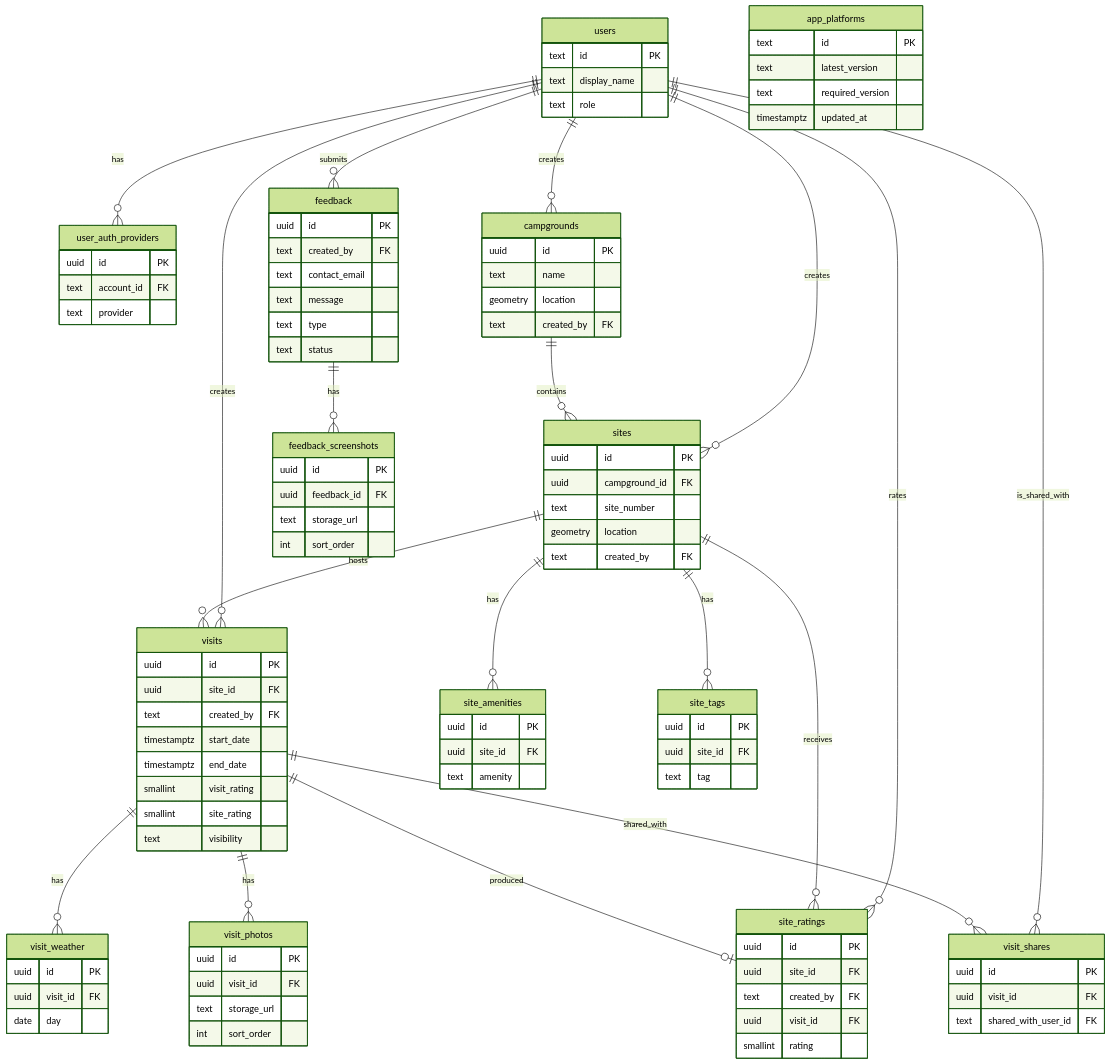
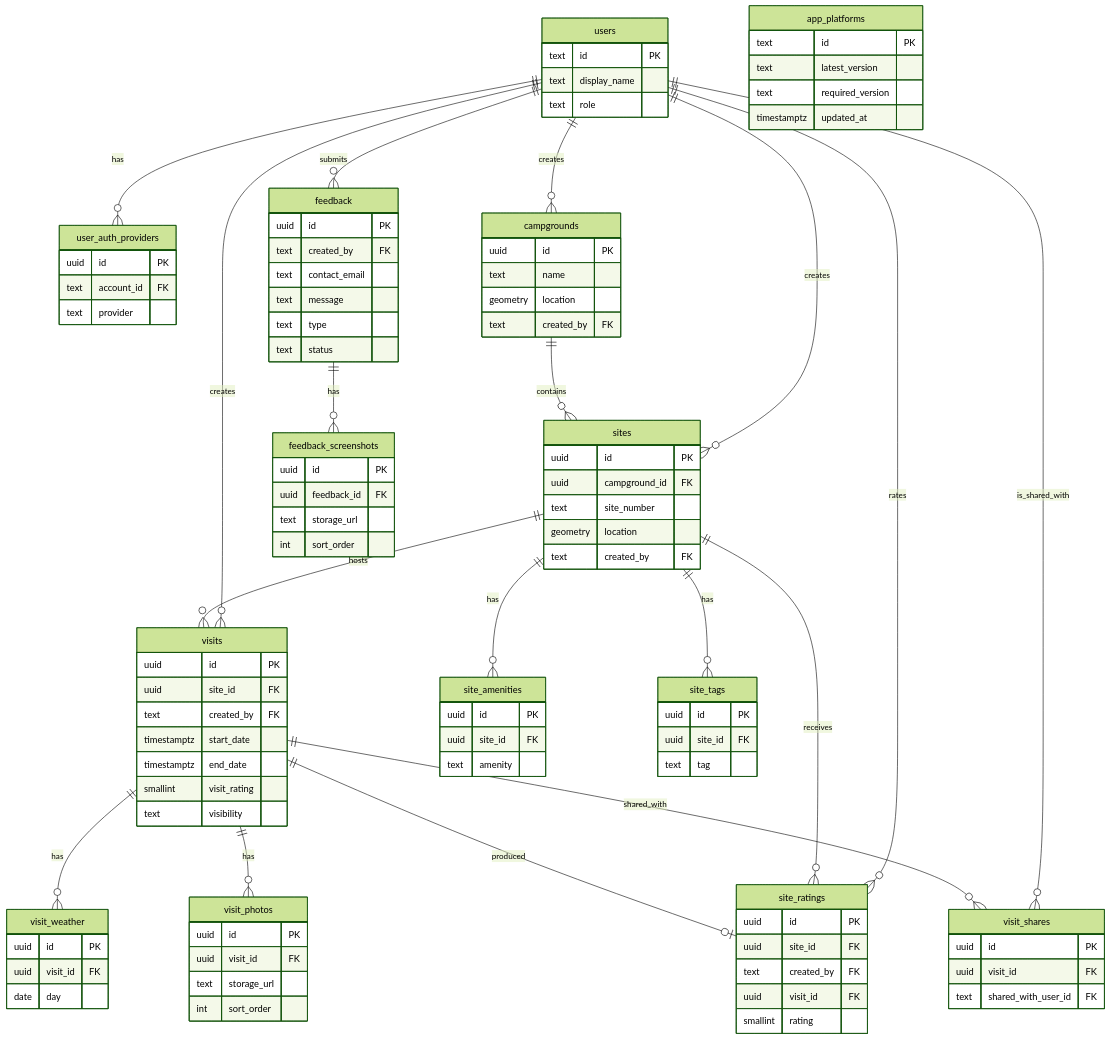
Before and after one commit to Camp-Notes/ranger-station: the diagram in docs/architecture/postgres-schema.md, drawn with Mermaid (forest theme). The commit also changed other lines of this file, not shown here.

Commit message:
docs: site scores only in site_ratings; drop visits.site_rating

```diff
--- a/docs/architecture/postgres-schema.md
+++ b/docs/architecture/postgres-schema.md
@@ -82,7 +83,6 @@
     timestamptz start_date
     timestamptz end_date
     smallint visit_rating
-    smallint site_rating
     text visibility
   }
 
```
